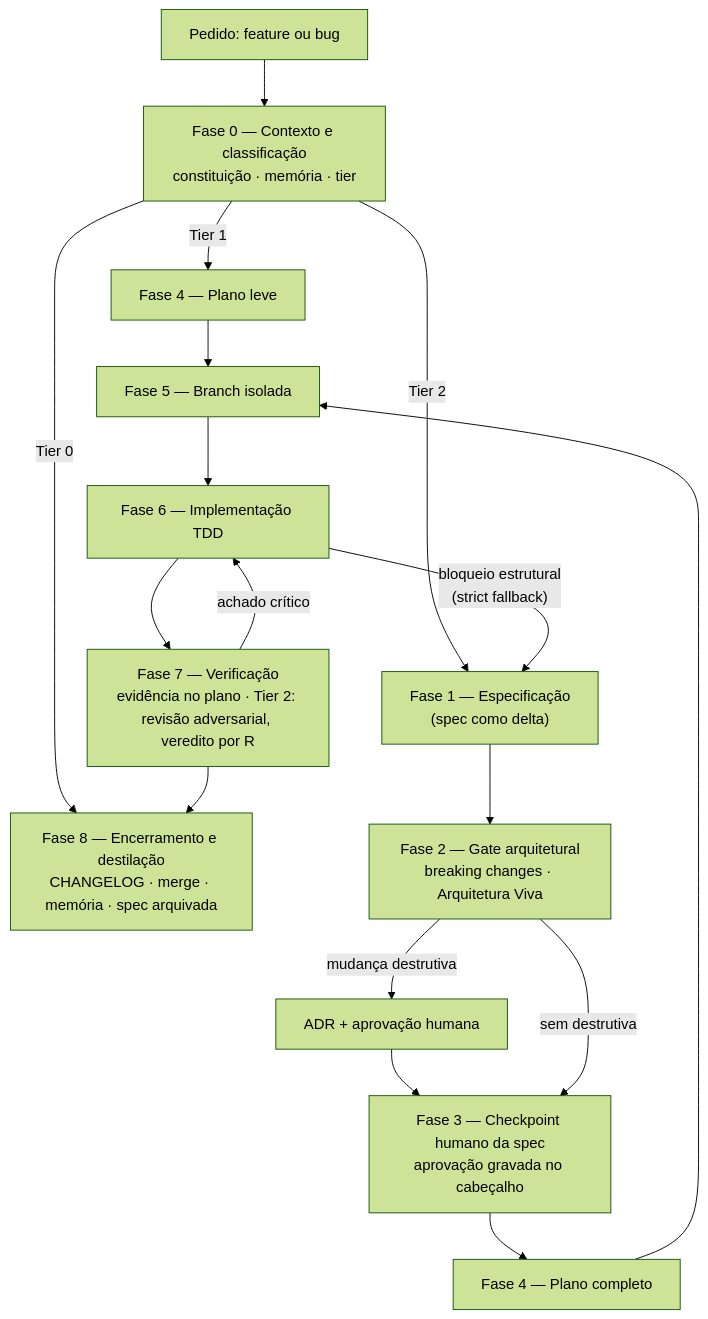
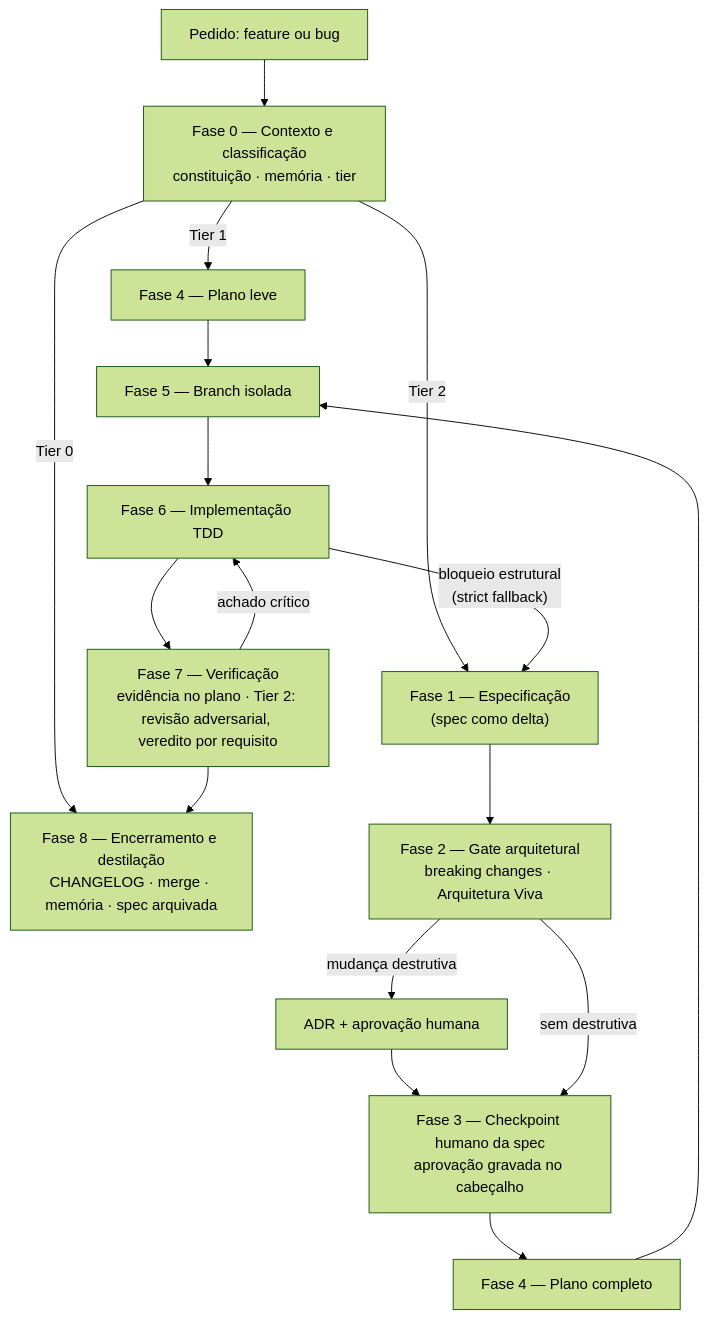
The diagram in README.md (thisco/sdd-lifecycle), drawn with Mermaid (forest theme) before and after one commit. The commit also changed 3 other files, not shown here.

Commit message:
fix(skill): tratar achados da revisão adversarial da 3.0.0

````diff
--- a/README.md
+++ b/README.md
@@ -72,19 +72,19 @@
 ```mermaid
 flowchart TD
     A["Pedido: feature ou bug"] --> F0["Fase 0 — Contexto e classificação<br/>constituição · memória · tier"]
     F0 -- "Tier 0" --> F8
     F0 -- "Tier 1" --> F4L["Fase 4 — Plano leve"]
     F0 -- "Tier 2" --> F1["Fase 1 — Especificação<br/>(spec como delta)"]
     F1 --> F2["Fase 2 — Gate arquitetural<br/>breaking changes · Arquitetura Viva"]
     F2 -- "mudança destrutiva" --> ADR["ADR + aprovação humana"]
     ADR --> F3
     F2 -- "sem destrutiva" --> F3["Fase 3 — Checkpoint humano da spec<br/>aprovação gravada no cabeçalho"]
     F3 --> F4["Fase 4 — Plano completo"]
     F4 --> F5["Fase 5 — Branch isolada"]
     F4L --> F5
     F5 --> F6["Fase 6 — Implementação TDD"]
     F6 -- "bloqueio estrutural<br/>(strict fallback)" --> F1
-    F6 --> F7["Fase 7 — Verificação<br/>evidência no plano · Tier 2: revisão adversarial, veredito por R<n>"]
+    F6 --> F7["Fase 7 — Verificação<br/>evidência no plano · Tier 2: revisão adversarial, veredito por requisito"]
     F7 -- "achado crítico" --> F6
     F7 --> F8["Fase 8 — Encerramento e destilação<br/>CHANGELOG · merge · memória · spec arquivada"]
 ```
````
